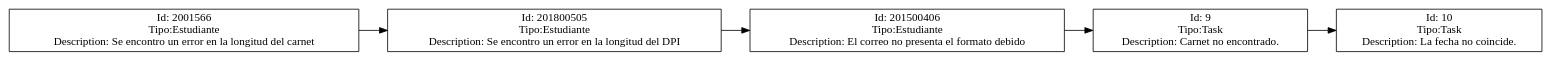
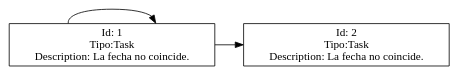
Before and after one commit to Elder2296/EDD_SmartClass_201700404: the diagram in Archivos_DOT/cola.dot, drawn with Graphviz. The commit also changed 9 other files, not shown here.

```diff
--- a/Archivos_DOT/cola.dot
+++ b/Archivos_DOT/cola.dot
@@ -1,12 +1,8 @@
 digraph A{
 rankdir = LR;
-node [shape = box label = "Id: 2001566\nTipo:Estudiante\nDescription: Se encontro un error en la longitud del carnet"]2001566
-node [shape = box label = "Id: 201800505\nTipo:Estudiante\nDescription: Se encontro un error en la longitud del DPI"]201800505
-node [shape = box label = "Id: 201500406\nTipo:Estudiante\nDescription: El correo no presenta el formato debido"]201500406
-node [shape = box label = "Id: 9\nTipo:Task\nDescription: Carnet no encontrado."]9
-node [shape = box label = "Id: 10\nTipo:Task\nDescription: La fecha no coincide."]10
-2001566 -> 201800505
-201800505 -> 201500406
-201500406 -> 9
-9 -> 10
+node [shape = box label = "Id: 1\nTipo:Task\nDescription: La fecha no coincide."]1
+node [shape = box label = "Id: 1\nTipo:Task\nDescription: Carnet no encontrado."]1
+node [shape = box label = "Id: 2\nTipo:Task\nDescription: La fecha no coincide."]2
+1 -> 1
+1 -> 2
 }
```
